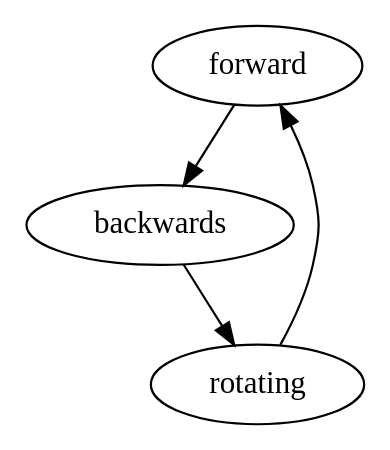
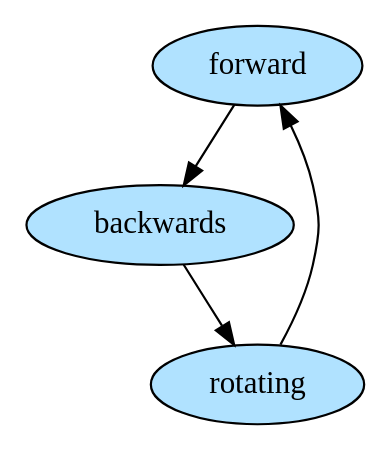
One commit to eerimoq/romeo changed the diagram in doc/robot_state_machine_cutting.dot. Above: the diagram before and after it, drawn with Graphviz. The commit also changed 4 other files, not shown here.

Commit message:
fill color in robot state diagram

```diff
--- a/doc/robot_state_machine_cutting.dot
+++ b/doc/robot_state_machine_cutting.dot
@@ -1,5 +1,10 @@
 digraph robot_state_diagram_cutting {
+  forward [style=filled, fillcolor=lightskyblue1];
   forward -> backwards;
+
+  backwards [style=filled, fillcolor=lightskyblue1];
   backwards -> rotating;
+
+  rotating [style=filled, fillcolor=lightskyblue1];
   rotating -> forward;
 }
```
